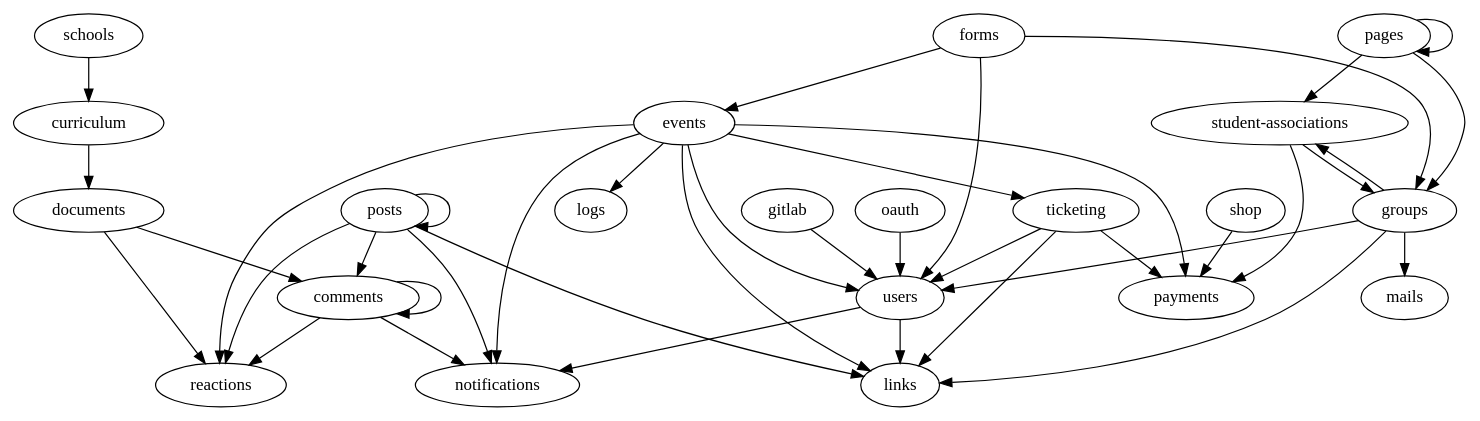
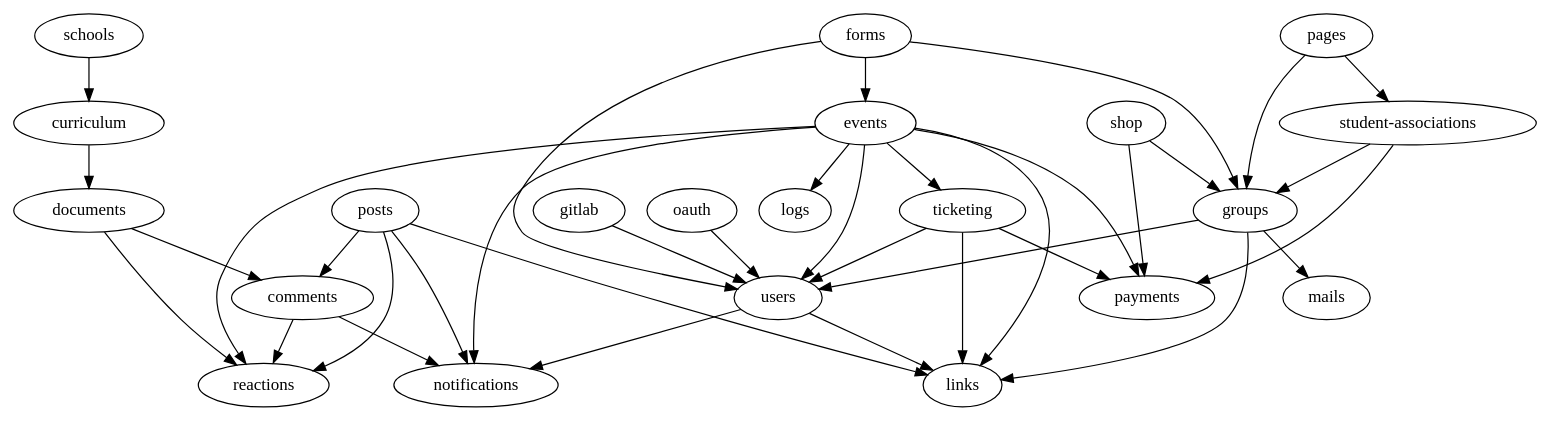
One commit to inp-net/churros changed the diagram in packages/api/scripts/modules-import-graph.dot. Above: the diagram before and after it, drawn with Graphviz. The commit also changed 77 other files, not shown here.

Commit message:
wip: reorganize graphql schema, and other stuff (closes #771)

```diff
--- a/packages/api/scripts/modules-import-graph.dot
+++ b/packages/api/scripts/modules-import-graph.dot
@@ -1,41 +1,38 @@
 strict digraph ImportGraph {
-    "comments" -> "comments";
     "comments" -> "notifications";
     "comments" -> "reactions";
     "curriculum" -> "documents";
     "documents" -> "comments";
     "documents" -> "reactions";
     "events" -> "links";
     "events" -> "logs";
     "events" -> "notifications";
     "events" -> "payments";
     "events" -> "reactions";
     "events" -> "ticketing";
     "events" -> "users";
     "forms" -> "events";
     "forms" -> "groups";
     "forms" -> "users";
     "gitlab" -> "users";
     "groups" -> "links";
     "groups" -> "mails";
-    "groups" -> "student-associations";
     "groups" -> "users";
     "oauth" -> "users";
     "pages" -> "groups";
-    "pages" -> "pages";
     "pages" -> "student-associations";
     "posts" -> "comments";
     "posts" -> "links";
     "posts" -> "notifications";
-    "posts" -> "posts";
     "posts" -> "reactions";
     "schools" -> "curriculum";
+    "shop" -> "groups";
     "shop" -> "payments";
     "student-associations" -> "groups";
     "student-associations" -> "payments";
     "ticketing" -> "links";
     "ticketing" -> "payments";
     "ticketing" -> "users";
     "users" -> "links";
     "users" -> "notifications";
 }
```
